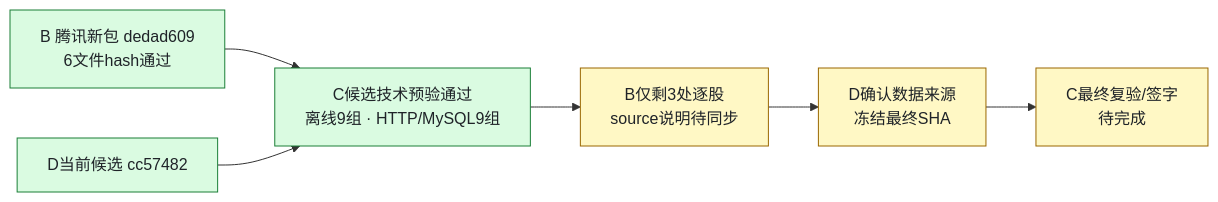
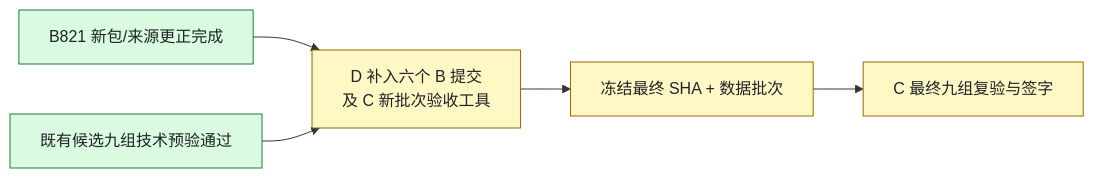
The diagram in docs/C_PROGRESS.md (27ye/ai-quant-platform), drawn with Mermaid before and after one commit. The commit also changed other lines of this file and 5 other files, not shown here.

````diff
--- a/docs/C_PROGRESS.md
+++ b/docs/C_PROGRESS.md
@@ -7,12 +7,11 @@
 ```mermaid
 flowchart LR
-    B["B 腾讯新包 dedad609<br/>6文件hash通过"] --> C["C候选技术预验通过<br/>离线9组 · HTTP/MySQL9组"]
-    D["D当前候选 cc57482"] --> C
-    C --> M["B仅剩3处逐股<br/>source说明待同步"]
-    M --> F["D确认数据来源<br/>冻结最终SHA"]
-    F --> S["C最终复验/签字<br/>待完成"]
+    B["B821 新包/来源更正完成"] --> D["D 补入六个 B 提交<br/>及 C 新批次验收工具"]
+    C["既有候选九组技术预验通过"] --> D
+    D --> F["冻结最终 SHA + 数据批次"]
+    F --> S["C 最终九组复验与签字"]
     classDef done fill:#dafbe1,stroke:#1a7f37,color:#1f2328
     classDef pending fill:#fff8c5,stroke:#9a6700,color:#1f2328
-    class B,C,D done
-    class M,F,S pending
+    class B,C done
+    class D,F,S pending
 ```
````
